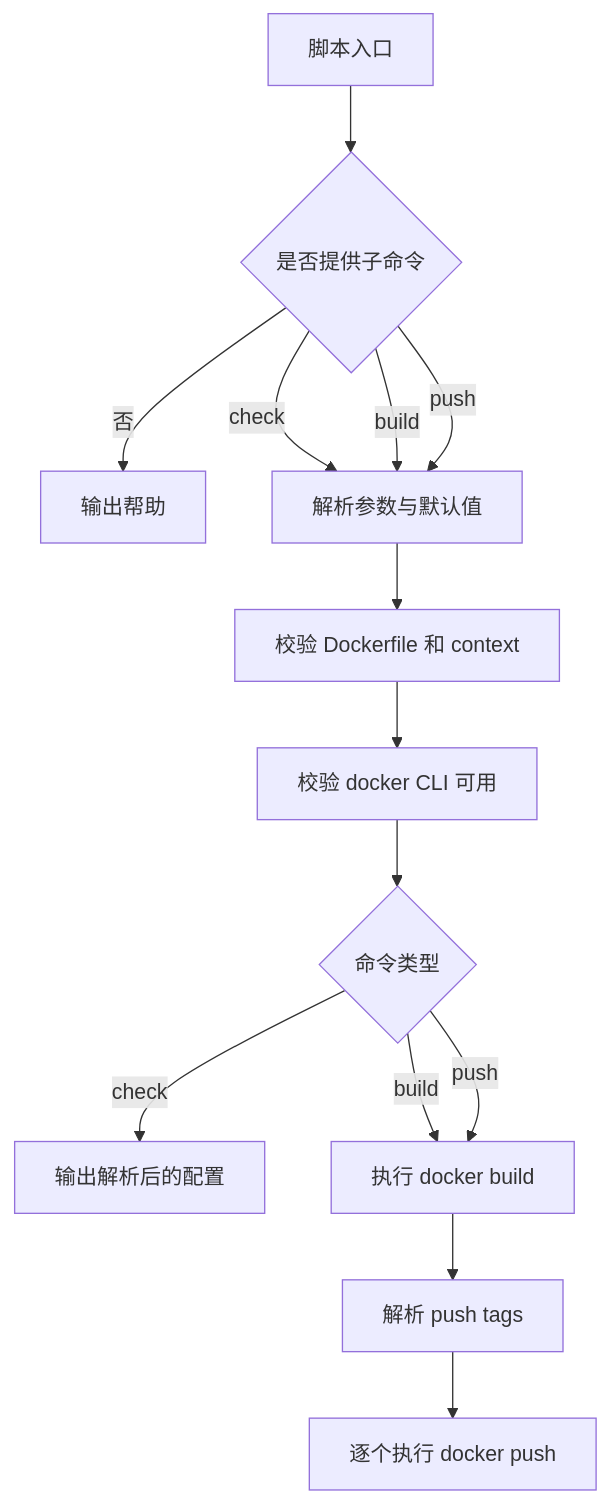
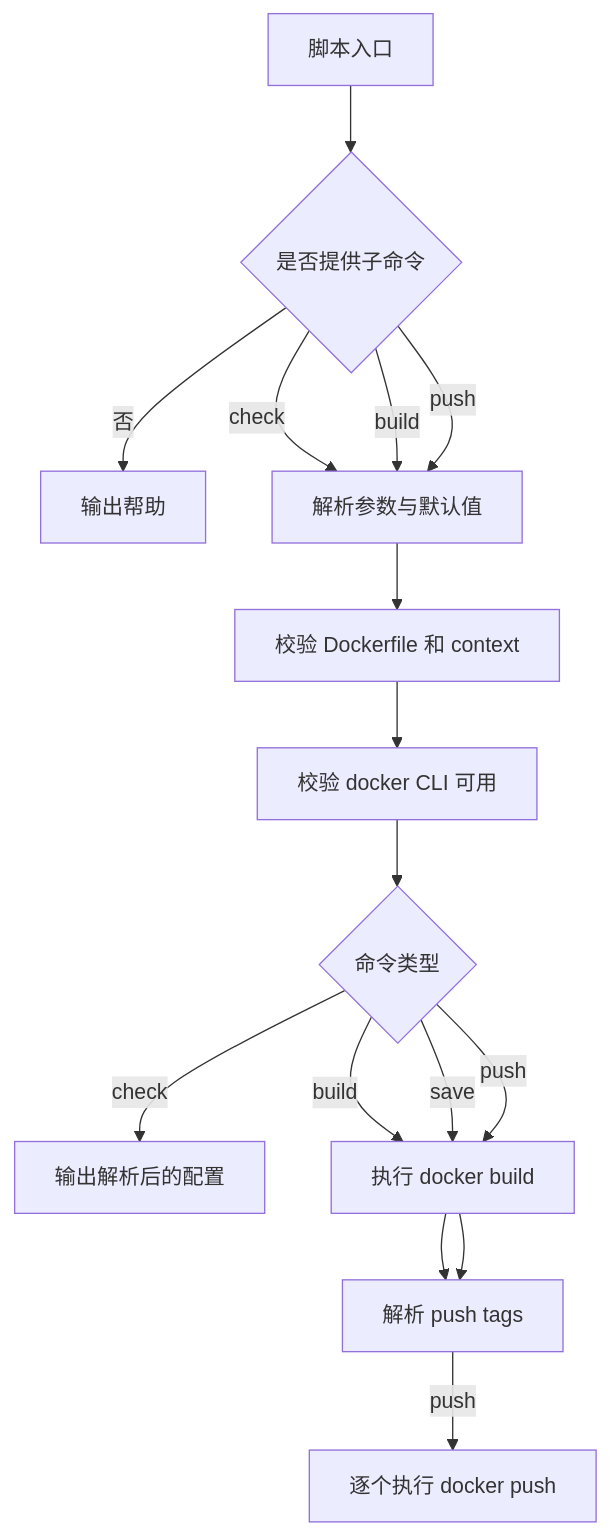
The diagram in docs/docker-image-publish.md (gzq-myy/weread-challenge-selenium), drawn with Mermaid before and after one commit. The commit also changed other lines of this file and 3 other files, not shown here.

````diff
--- a/docs/docker-image-publish.md
+++ b/docs/docker-image-publish.md
@@ -24,15 +26,16 @@
 ```mermaid
 flowchart TD
   A[脚本入口] --> B{是否提供子命令}
   B -->|否| C[输出帮助]
   B -->|check| D[解析参数与默认值]
   B -->|build| D
   B -->|push| D
   D --> E[校验 Dockerfile 和 context]
   E --> F[校验 docker CLI 可用]
   F --> G{命令类型}
   G -->|check| H[输出解析后的配置]
   G -->|build| I[执行 docker build]
+  G -->|save| I --> J[执行 docker save]
   G -->|push| I --> J[解析 push tags]
-  J --> K[逐个执行 docker push]
+  J -->|push| K[逐个执行 docker push]
 ```
````
